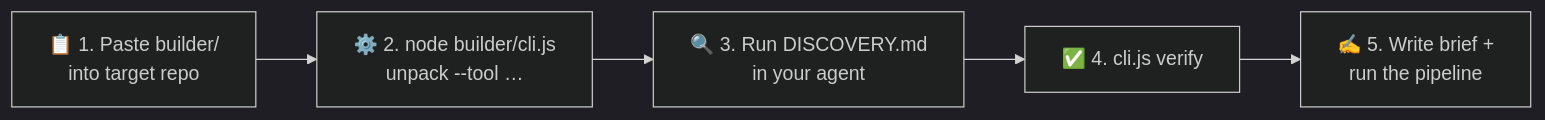
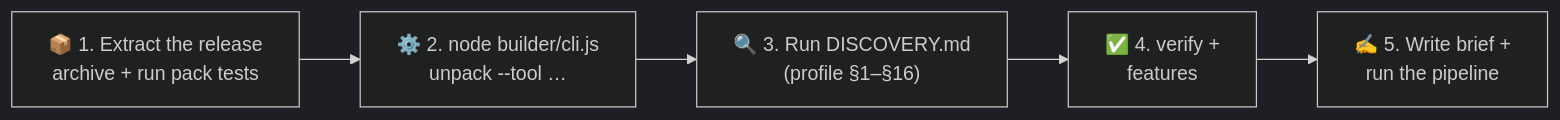
The second of 2 diagrams in README.md (geopjinfo/builder-pipeline), drawn with Mermaid (dark theme) before and after one commit. The commit also changed other lines of this file and 58 other files, not shown here.

First line of the commit message:
feat: 0.12.0 — prose, installer, examples and experiments level with the proven pipeline; the pack tests itself

````diff
--- a/README.md
+++ b/README.md
@@ -120,6 +134,6 @@
 ```mermaid
 flowchart LR
-    S1["📋 1. Paste builder/<br/>into target repo"] --> S2["⚙️ 2. node builder/cli.js<br/>unpack --tool …"]
-    S2 --> S3["🔍 3. Run DISCOVERY.md<br/>in your agent"] --> S4["✅ 4. cli.js verify"]
+    S1["📦 1. Extract the release<br/>archive + run pack tests"] --> S2["⚙️ 2. node builder/cli.js<br/>unpack --tool …"]
+    S2 --> S3["🔍 3. Run DISCOVERY.md<br/>(profile §1–§16)"] --> S4["✅ 4. verify +<br/>features"]
     S4 --> S5["✍️ 5. Write brief +<br/>run the pipeline"]
 ```
````
